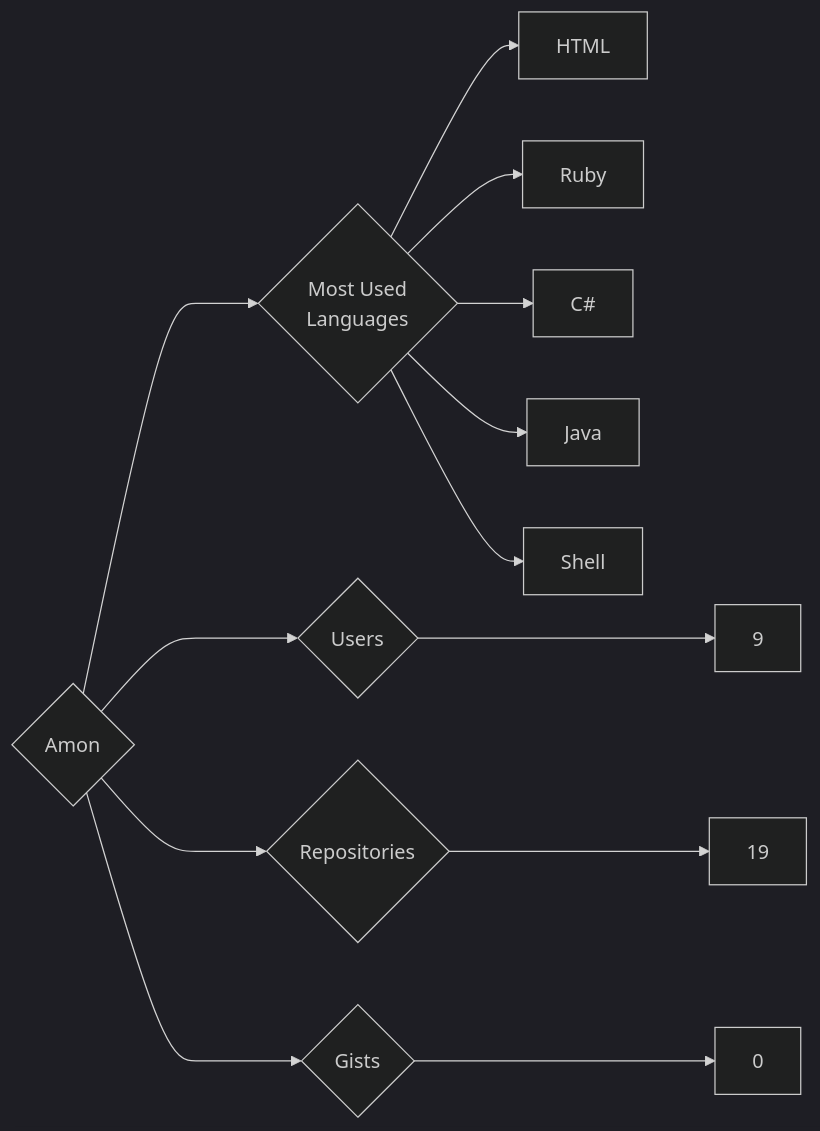
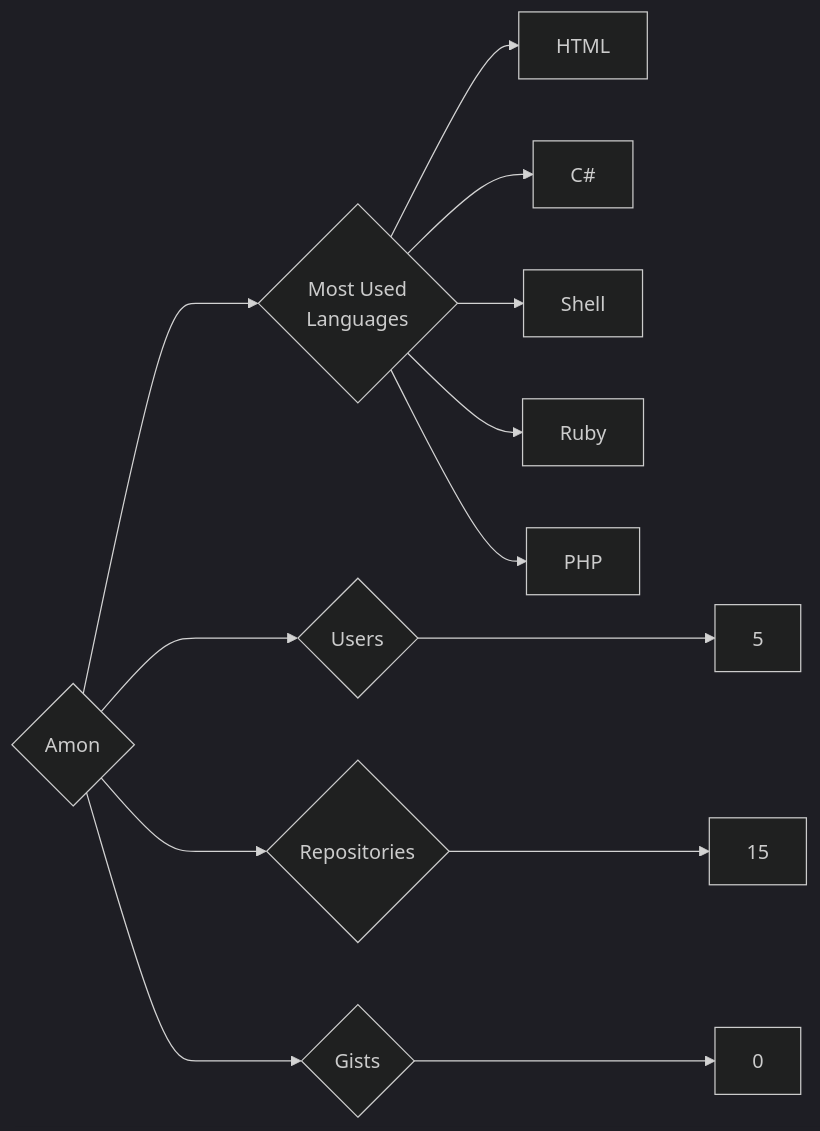
Before and after one commit to trickest/insiders: the diagram in targets/Amon/README.md, drawn with Mermaid (dark theme). The commit also changed 851 other files, not shown here.

````diff
--- a/targets/Amon/README.md
+++ b/targets/Amon/README.md
@@ -3,13 +3,13 @@
 ```mermaid
 graph LR
 COMPANY_NAME{Amon}
-COMPANY_NAME ---> U{Users} ---> UN[9]
-COMPANY_NAME ---> R{Repositories} ---> RN[19]
+COMPANY_NAME ---> U{Users} ---> UN[5]
+COMPANY_NAME ---> R{Repositories} ---> RN[15]
 COMPANY_NAME ---> G{Gists} ---> GN[0]
 COMPANY_NAME ---> ML{Most Used<br>Languages}
 ML --> HTML[HTML]
+ML --> C#[C#]
+ML --> Shell[Shell]
 ML --> Ruby[Ruby]
-ML --> C#[C#]
-ML --> Java[Java]
-ML --> Shell[Shell]
+ML --> PHP[PHP]
 ```
````
